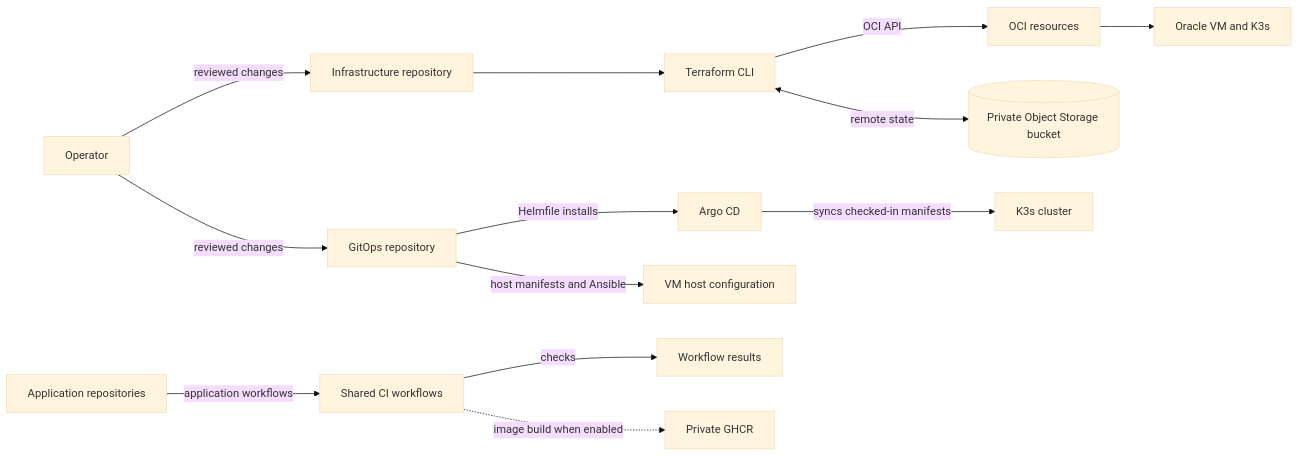
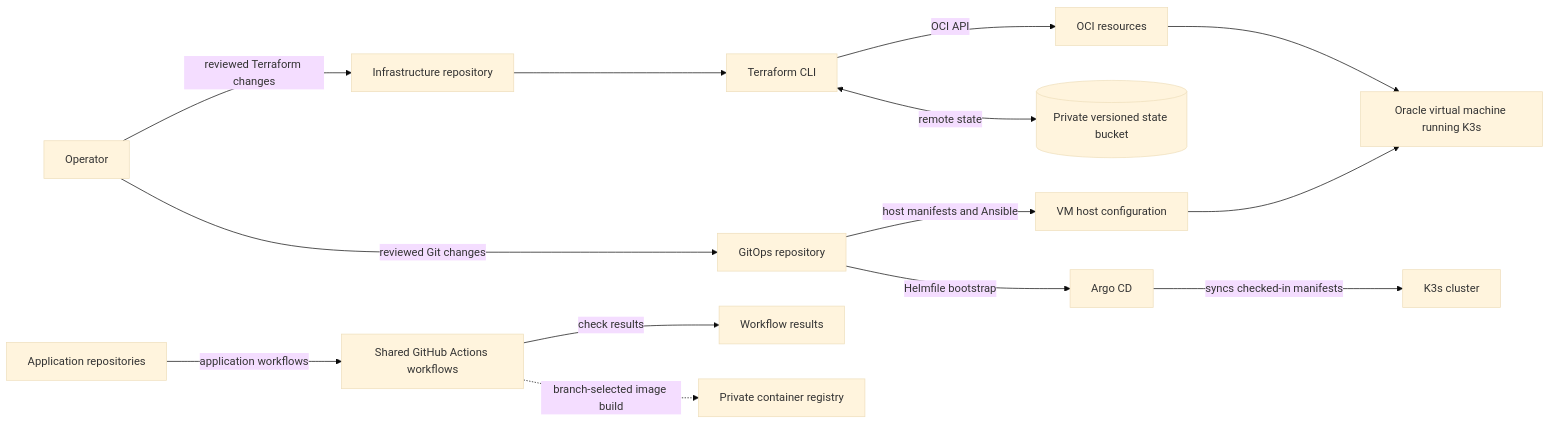
Before and after one commit to Disease-Prediction-ASET26/disease-prediction-docs: the first of 3 diagrams in devops/README.md, drawn with Mermaid (base theme). The commit also changed other lines of this file, not shown here.

Commit message:
docs(devops): clarify repository guide and system flows

````diff
--- a/devops/README.md
+++ b/devops/README.md
@@ -18,17 +22,18 @@
 ```mermaid
 flowchart LR
-  operator[Operator] -->|reviewed changes| infraRepo[Infrastructure repository]
+  operator[Operator] -->|reviewed Terraform changes| infraRepo[Infrastructure repository]
   infraRepo --> terraform[Terraform CLI]
   terraform -->|OCI API| oci[OCI resources]
-  terraform <-->|remote state| state[(Private Object Storage bucket)]
-  oci --> vm[Oracle VM and K3s]
+  terraform <-->|remote state| state[(Private versioned state bucket)]
+  oci --> vm[Oracle virtual machine running K3s]
 
-  operator -->|reviewed changes| gitRepo[GitOps repository]
-  gitRepo -->|Helmfile installs| argocd[Argo CD]
+  operator -->|reviewed Git changes| gitRepo[GitOps repository]
+  gitRepo -->|Helmfile bootstrap| argocd[Argo CD]
   argocd -->|syncs checked-in manifests| k3s[K3s cluster]
   gitRepo -->|host manifests and Ansible| host[VM host configuration]
+  host --> vm
 
-  appRepo[Application repositories] -->|application workflows| sharedCI[Shared CI workflows]
-  sharedCI -->|checks| result[Workflow results]
-  sharedCI -. image build when enabled .-> registry[Private GHCR]
+  appRepos[Application repositories] -->|application workflows| sharedCI[Shared GitHub Actions workflows]
+  sharedCI -->|check results| results[Workflow results]
+  sharedCI -. branch-selected image build .-> registry[Private container registry]
 ```
````
